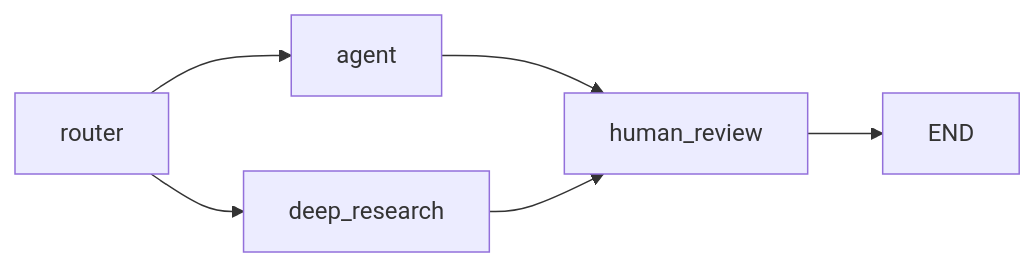
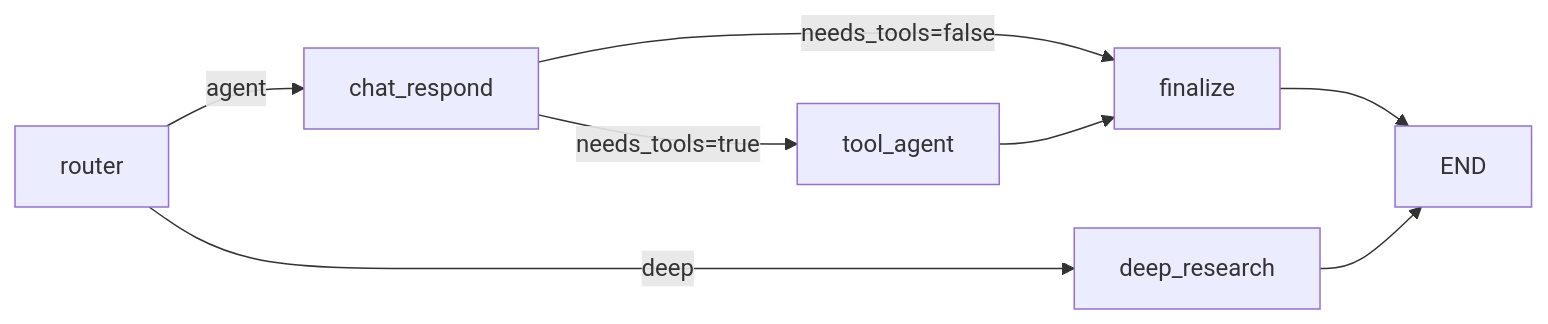
The first of 4 diagrams in docs/superpowers/specs/2026-04-06-agent-chat-first-runtime-design.md (MaplumeX/Weaver), drawn with Mermaid before and after one commit. The commit also changed other lines of this file and 20 other files, not shown here.

Commit message:
refactor(runtime): remove human review node

````diff
--- a/docs/superpowers/specs/2026-04-06-agent-chat-first-runtime-design.md
+++ b/docs/superpowers/specs/2026-04-06-agent-chat-first-runtime-design.md
@@ -7,8 +7,10 @@
 ```mermaid
 flowchart LR
-    Router["router"] --> Agent["agent"]
-    Router --> Deep["deep_research"]
-    Agent --> Human["human_review"]
-    Deep --> Human
-    Human --> END
+    Router["router"] -->|agent| Chat["chat_respond"]
+    Router -->|deep| Deep["deep_research"]
+    Chat -->|needs_tools=false| Finalize["finalize"]
+    Chat -->|needs_tools=true| Tool["tool_agent"]
+    Tool --> Finalize
+    Finalize --> END
+    Deep --> END
 ```
````
